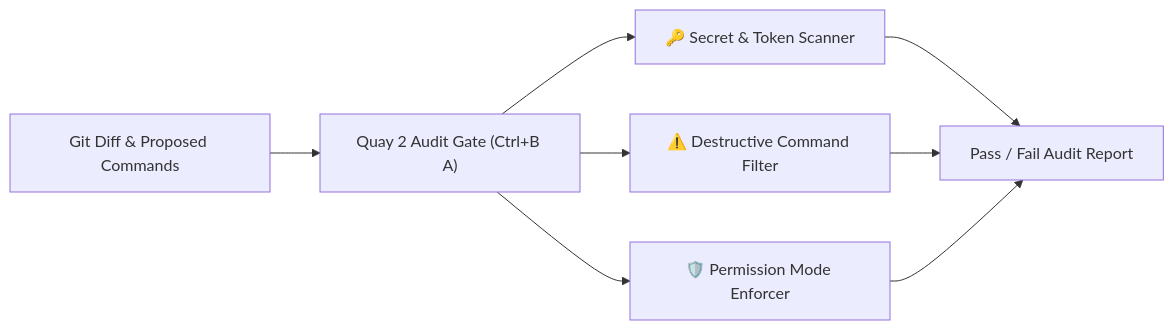
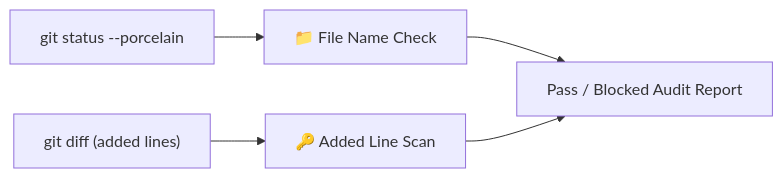
The diagram in docs/features/security-audit.md (seanrobertwright/Quay-2), drawn with Mermaid before and after one commit. The commit also changed other lines of this file and 3 other files, not shown here.

First line of the commit message:
docs(audit): describe what the Pre-PR Audit Gate scans today

````diff
--- a/docs/features/security-audit.md
+++ b/docs/features/security-audit.md
@@ -11,12 +11,8 @@
 ```mermaid
 flowchart LR
-    Diff["Git Diff & Proposed Commands"] --> Gate["Quay 2 Audit Gate (Ctrl+B A)"]
-    
-    Gate --> Secrets["🔑 Secret & Token Scanner"]
-    Gate --> Commands["⚠️ Destructive Command Filter"]
-    Gate --> Perms["🛡️ Permission Mode Enforcer"]
-    
-    Secrets --> Report["Pass / Fail Audit Report"]
-    Commands --> Report
-    Perms --> Report
+    Status["git status --porcelain"] --> Files["📁 File Name Check"]
+    Diff["git diff (added lines)"] --> Lines["🔑 Added Line Scan"]
+
+    Files --> Report["Pass / Blocked Audit Report"]
+    Lines --> Report
 ```
````
